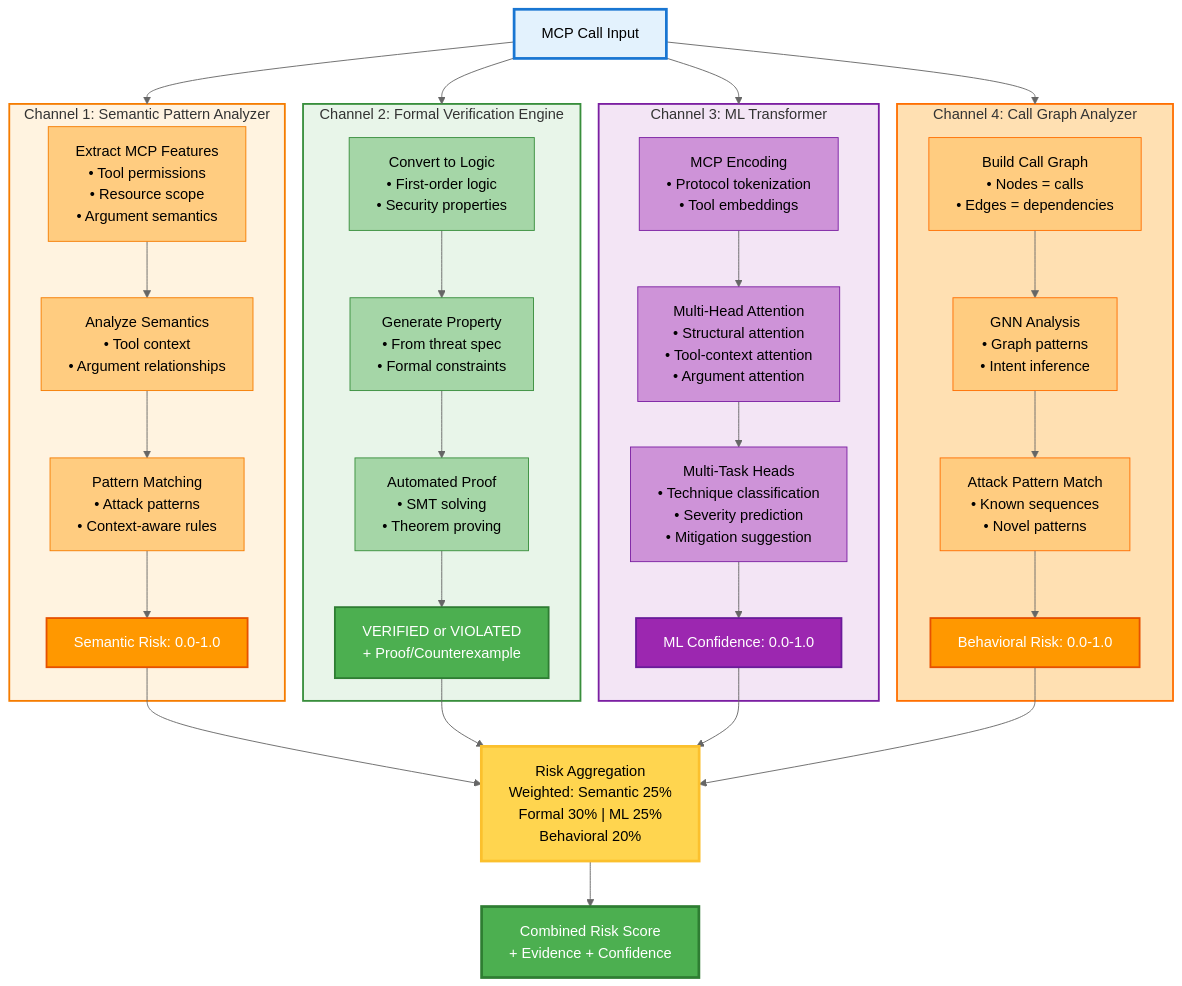
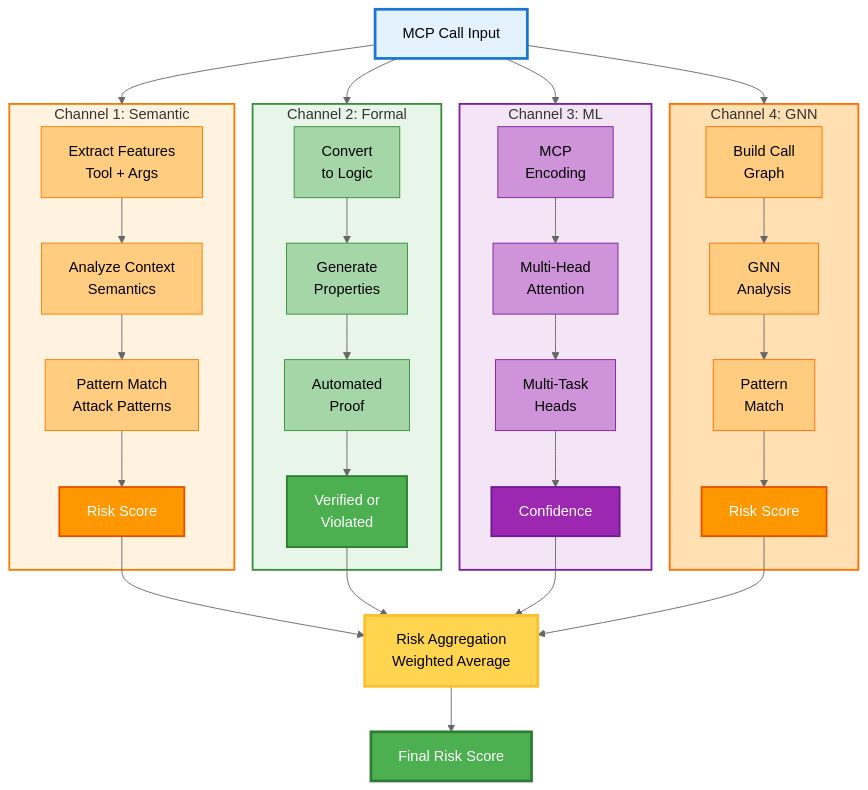
The third of 6 diagrams in ARCHITECTURE.md (safe-mcp-platform/safe-mcp-platform), drawn with Mermaid (neutral theme) before and after one commit. The commit also changed other lines of this file, not shown here.

Commit message:
Fix diagram text overlaps - make labels concise and clean

````diff
--- a/ARCHITECTURE.md
+++ b/ARCHITECTURE.md
@@ -200,72 +200,72 @@
 ```mermaid
 graph TB
     INPUT["MCP Call Input"]
     
-    subgraph CHANNEL1["Channel 1: Semantic Pattern Analyzer"]
-        S1["Extract MCP Features<br/>• Tool permissions<br/>• Resource scope<br/>• Argument semantics"]
-        S2["Analyze Semantics<br/>• Tool context<br/>• Argument relationships"]
-        S3["Pattern Matching<br/>• Attack patterns<br/>• Context-aware rules"]
-        S4["Semantic Risk: 0.0-1.0"]
+    subgraph CHANNEL1["Channel 1: Semantic"]
+        S1["Extract Features<br/>Tool + Args"]
+        S2["Analyze Context<br/>Semantics"]
+        S3["Pattern Match<br/>Attack Patterns"]
+        S4["Risk Score"]
         S1 --> S2 --> S3 --> S4
     end
     
-    subgraph CHANNEL2["Channel 2: Formal Verification Engine"]
-        F1["Convert to Logic<br/>• First-order logic<br/>• Security properties"]
-        F2["Generate Property<br/>• From threat spec<br/>• Formal constraints"]
-        F3["Automated Proof<br/>• SMT solving<br/>• Theorem proving"]
-        F4["VERIFIED or VIOLATED<br/>+ Proof/Counterexample"]
+    subgraph CHANNEL2["Channel 2: Formal"]
+        F1["Convert<br/>to Logic"]
+        F2["Generate<br/>Properties"]
+        F3["Automated<br/>Proof"]
+        F4["Verified or<br/>Violated"]
         F1 --> F2 --> F3 --> F4
     end
     
-    subgraph CHANNEL3["Channel 3: ML Transformer"]
-        M1["MCP Encoding<br/>• Protocol tokenization<br/>• Tool embeddings"]
-        M2["Multi-Head Attention<br/>• Structural attention<br/>• Tool-context attention<br/>• Argument attention"]
-        M3["Multi-Task Heads<br/>• Technique classification<br/>• Severity prediction<br/>• Mitigation suggestion"]
-        M4["ML Confidence: 0.0-1.0"]
+    subgraph CHANNEL3["Channel 3: ML"]
+        M1["MCP<br/>Encoding"]
+        M2["Multi-Head<br/>Attention"]
+        M3["Multi-Task<br/>Heads"]
+        M4["Confidence"]
         M1 --> M2 --> M3 --> M4
     end
     
-    subgraph CHANNEL4["Channel 4: Call Graph Analyzer"]
-        B1["Build Call Graph<br/>• Nodes = calls<br/>• Edges = dependencies"]
-        B2["GNN Analysis<br/>• Graph patterns<br/>• Intent inference"]
-        B3["Attack Pattern Match<br/>• Known sequences<br/>• Novel patterns"]
-        B4["Behavioral Risk: 0.0-1.0"]
+    subgraph CHANNEL4["Channel 4: GNN"]
+        B1["Build Call<br/>Graph"]
+        B2["GNN<br/>Analysis"]
+        B3["Pattern<br/>Match"]
+        B4["Risk Score"]
         B1 --> B2 --> B3 --> B4
     end
     
     INPUT --> CHANNEL1
     INPUT --> CHANNEL2
     INPUT --> CHANNEL3
     INPUT --> CHANNEL4
     
-    S4 --> AGG["Risk Aggregation<br/>Weighted: Semantic 25%<br/>Formal 30% | ML 25%<br/>Behavioral 20%"]
+    S4 --> AGG["Risk Aggregation<br/>Weighted Average"]
     F4 --> AGG
     M4 --> AGG
     B4 --> AGG
     
-    AGG --> OUTPUT["Combined Risk Score<br/>+ Evidence + Confidence"]
+    AGG --> OUTPUT["Final Risk Score"]
     
     style INPUT fill:#e3f2fd,stroke:#1976d2,stroke-width:3px
     style CHANNEL1 fill:#fff3e0,stroke:#f57c00,stroke-width:2px
     style CHANNEL2 fill:#e8f5e9,stroke:#388e3c,stroke-width:2px
     style CHANNEL3 fill:#f3e5f5,stroke:#7b1fa2,stroke-width:2px
     style CHANNEL4 fill:#ffe0b2,stroke:#ff6f00,stroke-width:2px
     style S1 fill:#ffcc80,stroke:#f57c00,stroke-width:1px
     style S2 fill:#ffcc80,stroke:#f57c00,stroke-width:1px
     style S3 fill:#ffcc80,stroke:#f57c00,stroke-width:1px
     style S4 fill:#ff9800,color:#fff,stroke:#e65100,stroke-width:2px
     style F1 fill:#a5d6a7,stroke:#388e3c,stroke-width:1px
     style F2 fill:#a5d6a7,stroke:#388e3c,stroke-width:1px
     style F3 fill:#a5d6a7,stroke:#388e3c,stroke-width:1px
     style F4 fill:#4caf50,color:#fff,stroke:#2e7d32,stroke-width:2px
     style M1 fill:#ce93d8,stroke:#7b1fa2,stroke-width:1px
     style M2 fill:#ce93d8,stroke:#7b1fa2,stroke-width:1px
     style M3 fill:#ce93d8,stroke:#7b1fa2,stroke-width:1px
     style M4 fill:#9c27b0,color:#fff,stroke:#6a1b9a,stroke-width:2px
     style B1 fill:#ffcc80,stroke:#ff6f00,stroke-width:1px
     style B2 fill:#ffcc80,stroke:#ff6f00,stroke-width:1px
     style B3 fill:#ffcc80,stroke:#ff6f00,stroke-width:1px
     style B4 fill:#ff9800,color:#fff,stroke:#e65100,stroke-width:2px
     style AGG fill:#ffd54f,stroke:#fbc02d,stroke-width:3px
     style OUTPUT fill:#4caf50,color:#fff,stroke:#2e7d32,stroke-width:3px
 ```
````
